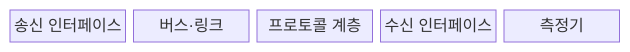
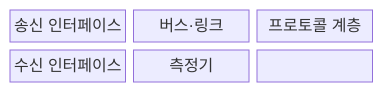
The first of 2 diagrams in src/content/docs/notes/02-hardware/076_bus_bandwidth.md (agnusdei1207/knowledge-base), drawn with Mermaid before and after one commit. The commit also changed other lines of this file and 86 other files, not shown here.

````diff
--- a/src/content/docs/notes/02-hardware/076_bus_bandwidth.md
+++ b/src/content/docs/notes/02-hardware/076_bus_bandwidth.md
@@ -60,9 +64,11 @@
 ```mermaid
-block
-  columns 5
+block-beta
+  columns 3
   A["송신 인터페이스"]
   B["버스·링크"]
   C["프로토콜 계층"]
   D["수신 인터페이스"]
   E["측정기"]
+  A --- C --- B
+  B --- D --- E
 ```
````
